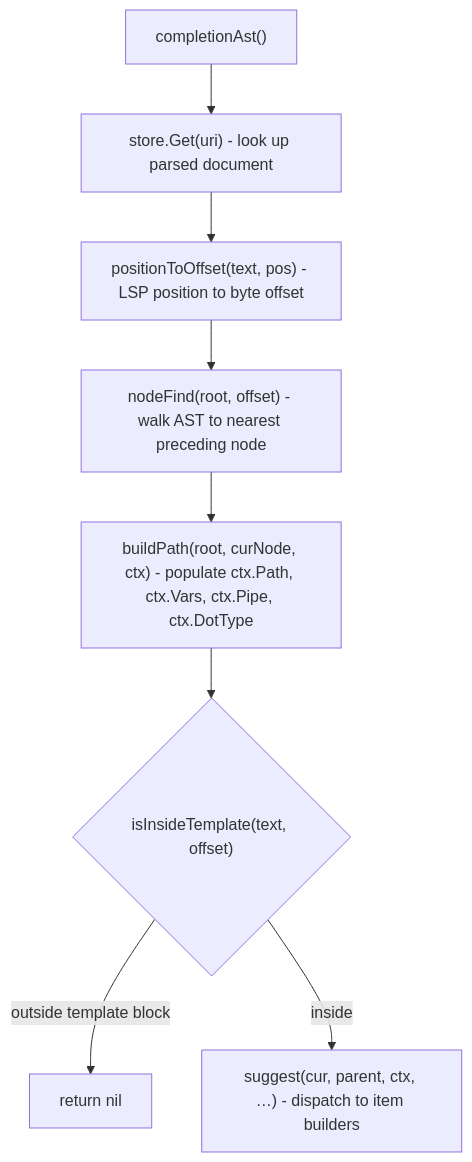
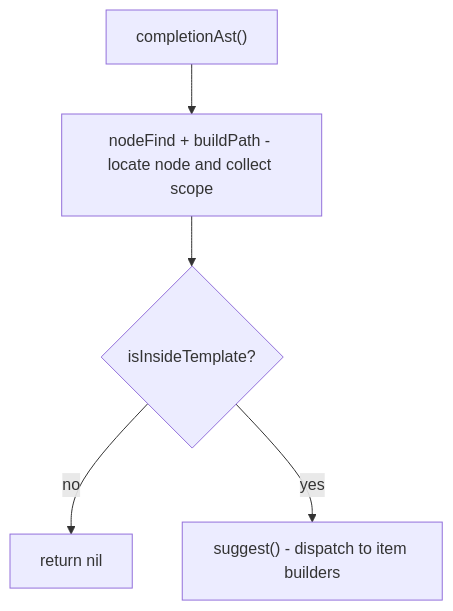
Before and after one commit to allseas/go-template-lsp: the second of 2 diagrams in docs/features/completions.md, drawn with Mermaid. The commit also changed other lines of this file and 6 other files, not shown here.

Commit message:
docs: simplified the flowcharts

````diff
--- a/docs/features/completions.md
+++ b/docs/features/completions.md
@@ -55,10 +47,7 @@
 ```mermaid
 flowchart TD
-    A["completionAst()"] --> B["store.Get(uri) - look up parsed document"]
-    B --> C["positionToOffset(text, pos) - LSP position to byte offset"]
-    C --> D["nodeFind(root, offset) - walk AST to nearest preceding node"]
-    D --> E["buildPath(root, curNode, ctx) - populate ctx.Path, ctx.Vars, ctx.Pipe, ctx.DotType"]
-    E --> F{"isInsideTemplate(text, offset)"}
-    F -->|outside template block| G[return nil]
-    F -->|inside| H["suggest(cur, parent, ctx, …) - dispatch to item builders"]
+    A["completionAst()"] --> B["nodeFind + buildPath - locate node and collect scope"]
+    B --> C{"isInsideTemplate?"}
+    C -->|no| D[return nil]
+    C -->|yes| E["suggest() - dispatch to item builders"]
 ```
````
